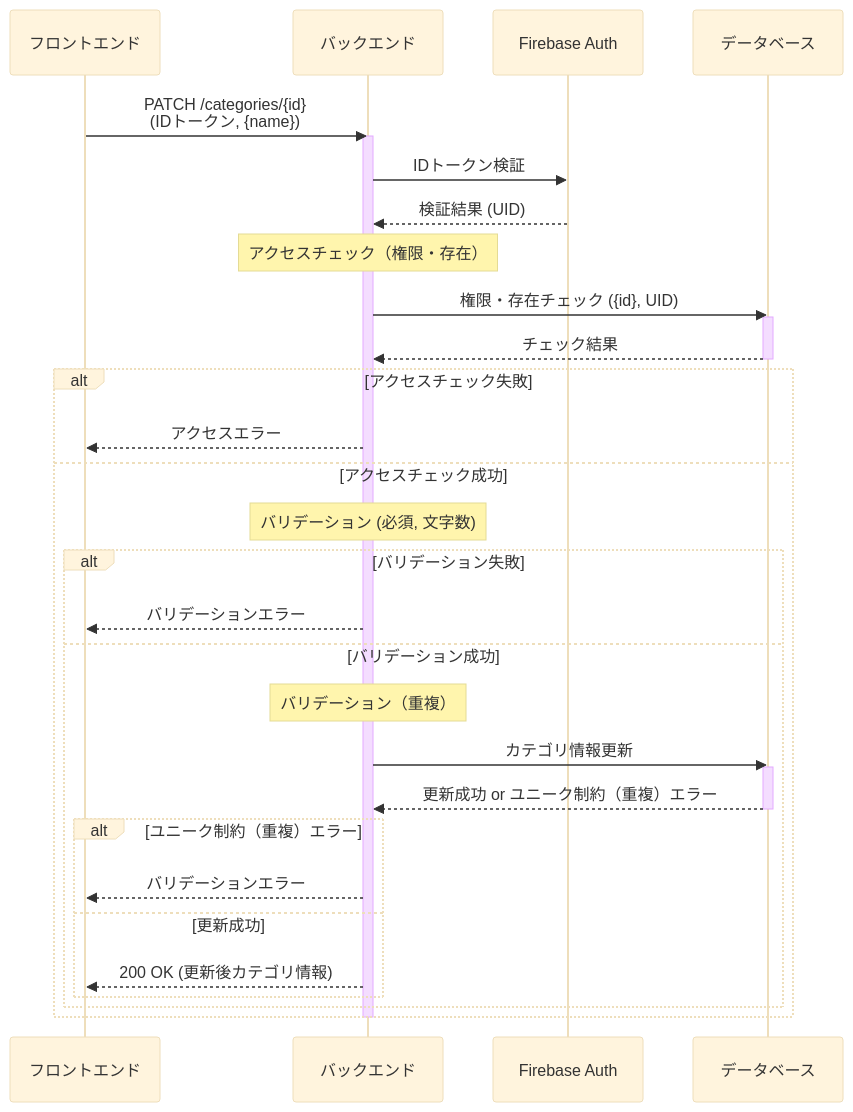
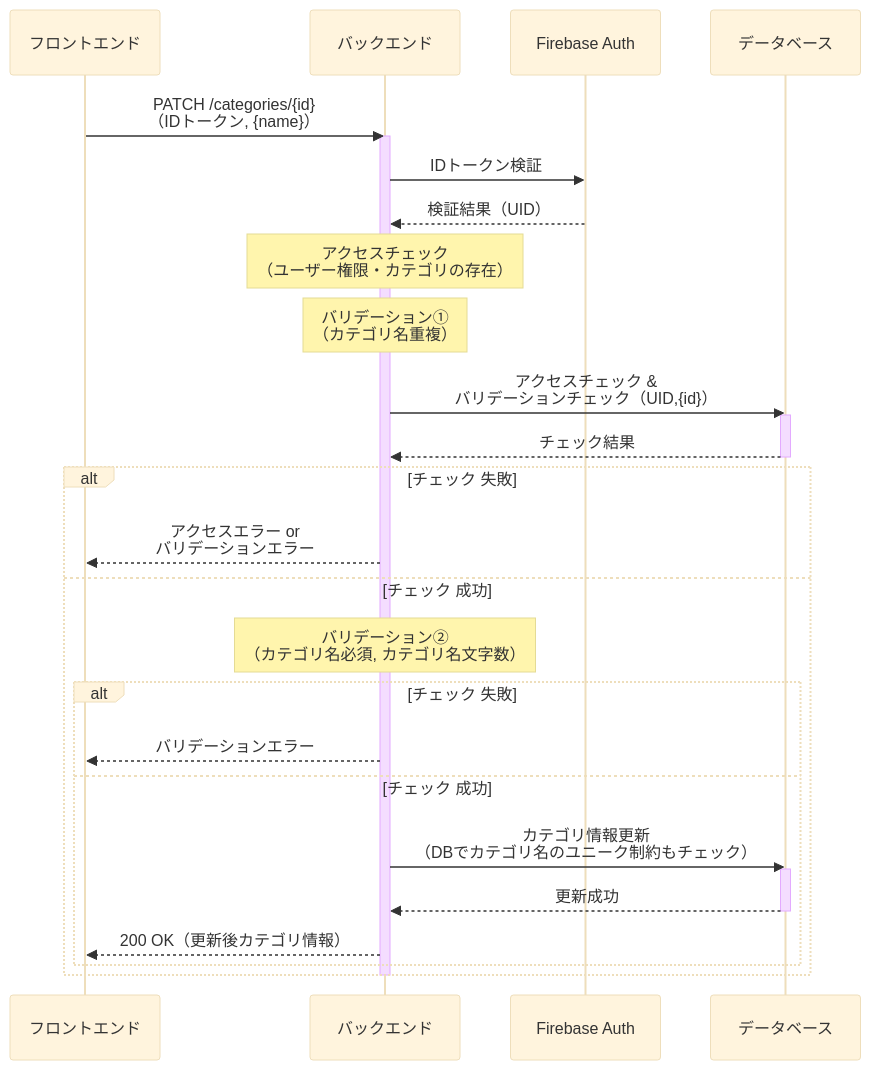
The fourth of 9 diagrams in doc/seaquence.md (miki-hayashi-71/inventory-api), drawn with Mermaid (base theme) before and after one commit. The commit also changed other lines of this file, not shown here.

Commit message:
docs: Revise sequence diagram to clarify subjects and improve layout

````diff
--- a/doc/seaquence.md
+++ b/doc/seaquence.md
@@ -99,41 +99,36 @@
 ```mermaid
 sequenceDiagram
     participant フロントエンド
     participant バックエンド
     participant Firebase Auth
     participant データベース
 
-    フロントエンド->>バックエンド: PATCH /categories/{id} <br> (IDトークン, {name})
+    フロントエンド->>バックエンド: PATCH /categories/{id} <br>（IDトークン, {name}）
     activate バックエンド
     バックエンド->>Firebase Auth: IDトークン検証
-    Firebase Auth-->>バックエンド: 検証結果 (UID)
+    Firebase Auth-->>バックエンド: 検証結果（UID）
 
-    note over バックエンド: アクセスチェック（権限・存在）
-    バックエンド->>データベース: 権限・存在チェック ({id}, UID)
+    note over バックエンド: アクセスチェック <br>（ユーザー権限・カテゴリの存在）
+    note over バックエンド: バリデーション① <br>（カテゴリ名重複）
+    バックエンド->>データベース: アクセスチェック & <br>バリデーションチェック（UID,{id}）
     activate データベース
     データベース-->>バックエンド: チェック結果
     deactivate データベース
 
-    alt アクセスチェック失敗
-        バックエンド-->>フロントエンド: アクセスエラー
-    else アクセスチェック成功
-        note over バックエンド: バリデーション (必須, 文字数)
+    alt チェック 失敗
+        バックエンド-->>フロントエンド: アクセスエラー or <br>バリデーションエラー
+    else チェック 成功
+        note over バックエンド: バリデーション② <br>（カテゴリ名必須, カテゴリ名文字数）
         
-        alt バリデーション失敗
+        alt チェック 失敗
             バックエンド-->>フロントエンド: バリデーションエラー
-        else バリデーション成功
-            note over バックエンド: バリデーション（重複）
-            バックエンド->>データベース: カテゴリ情報更新
+        else チェック 成功
+            バックエンド->>データベース: カテゴリ情報更新 <br>（DBでカテゴリ名のユニーク制約もチェック）
             activate データベース
-            データベース-->>バックエンド: 更新成功 or ユニーク制約（重複）エラー
+            データベース-->>バックエンド: 更新成功
             deactivate データベース
-
-            alt ユニーク制約（重複）エラー
-                バックエンド-->>フロントエンド: バリデーションエラー
-            else 更新成功
-                バックエンド-->>フロントエンド: 200 OK (更新後カテゴリ情報)
-            end
+            バックエンド-->>フロントエンド: 200 OK（更新後カテゴリ情報）
         end
     end
     deactivate バックエンド
 ```
````
